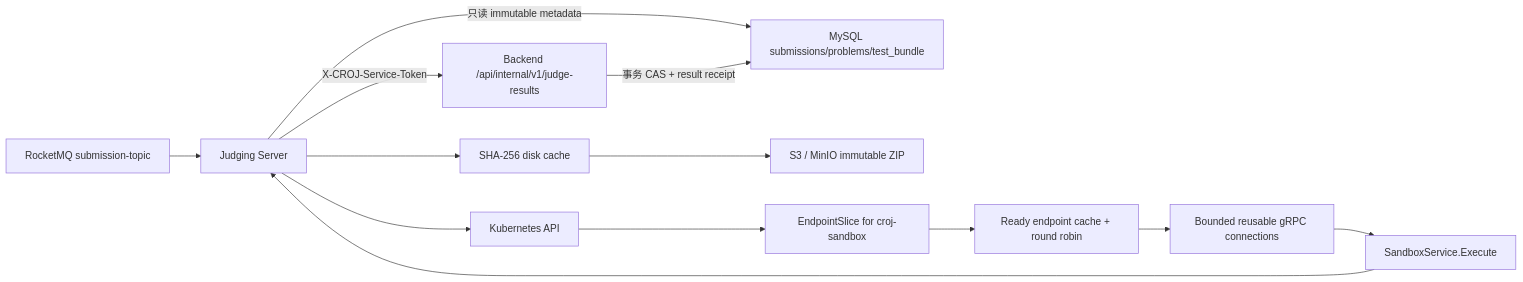
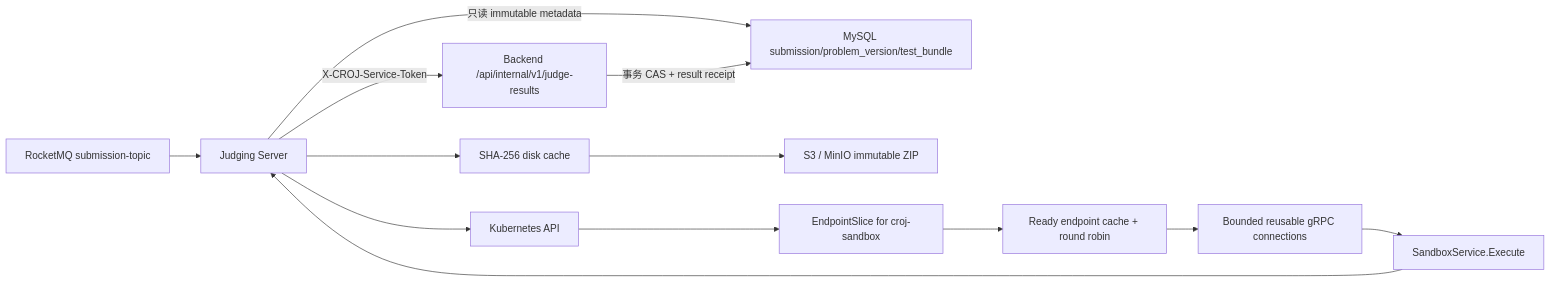
Before and after one commit to CodeRushOJ/croj-judging-server: the diagram in README.md, drawn with Mermaid. The commit also changed other lines of this file and 12 other files, not shown here.

Commit message:
fix(judge): enforce immutable problem version execution

````diff
--- a/README.md
+++ b/README.md
@@ -9,15 +9,15 @@
 ```mermaid
 flowchart LR
     MQ["RocketMQ submission-topic"] --> Judge["Judging Server"]
-    Judge -->|"只读 immutable metadata"| DB["MySQL submissions/problems/test_bundle"]
+    Judge -->|"只读 immutable metadata"| DB["MySQL submission/problem_version/test_bundle"]
     Judge --> Cache["SHA-256 disk cache"]
     Cache --> MinIO["S3 / MinIO immutable ZIP"]
     Judge --> API["Kubernetes API"]
     API --> ES["EndpointSlice for croj-sandbox"]
     ES --> Scheduler["Ready endpoint cache + round robin"]
     Scheduler --> GRPC["Bounded reusable gRPC connections"]
     GRPC --> Sandbox["SandboxService.Execute"]
     Sandbox --> Judge
     Judge -->|"X-CROJ-Service-Token"| Backend["Backend /api/internal/v1/judge-results"]
     Backend -->|"事务 CAS + result receipt"| DB
 ```
````
